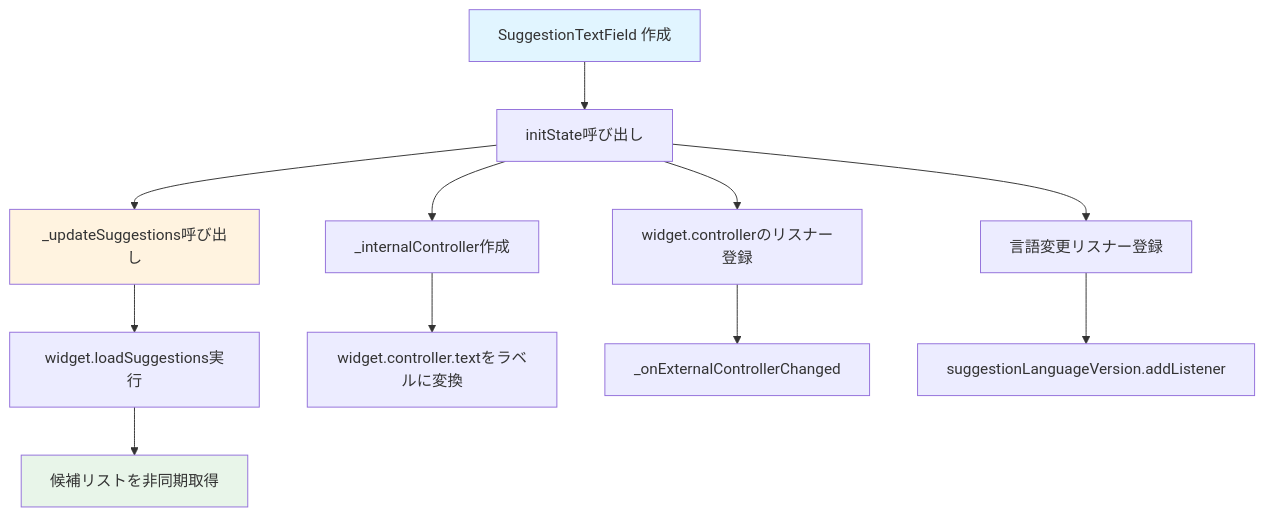
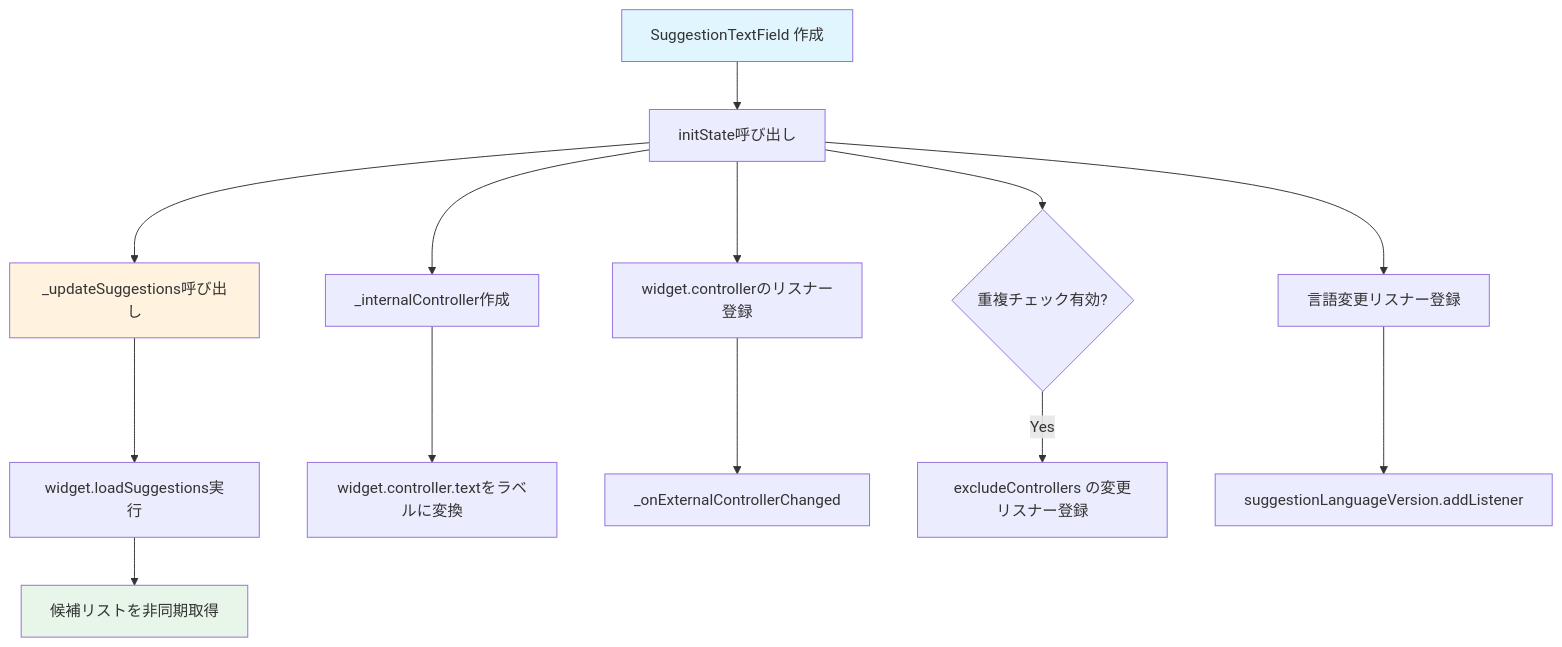
The first of 2 diagrams in widgets_flowcharts/common/suggestion_text_field.md (visco-ysugimoto/TimingChart), drawn with Mermaid before and after one commit. The commit also changed other lines of this file and 35 other files, not shown here.

Commit message:
Update timing chart editing and flowchart docs

````diff
--- a/widgets_flowcharts/common/suggestion_text_field.md
+++ b/widgets_flowcharts/common/suggestion_text_field.md
@@ -14,20 +14,23 @@
 ```mermaid
 flowchart TD
     A[SuggestionTextField 作成] --> B[initState呼び出し]
     B --> C[_updateSuggestions呼び出し]
     C --> D[widget.loadSuggestions実行]
     D --> E[候補リストを非同期取得]
     
     B --> F[_internalController作成]
     F --> G[widget.controller.textをラベルに変換]
     
     B --> H[widget.controllerのリスナー登録]
     H --> I[_onExternalControllerChanged]
+
+    B --> H2{重複チェック有効?}
+    H2 -->|Yes| H3[excludeControllers の変更リスナー登録]
     
     B --> J[言語変更リスナー登録]
     J --> K[suggestionLanguageVersion.addListener]
     
     style A fill:#e1f5ff
     style C fill:#fff3e0
     style E fill:#e8f5e9
 ```
````
